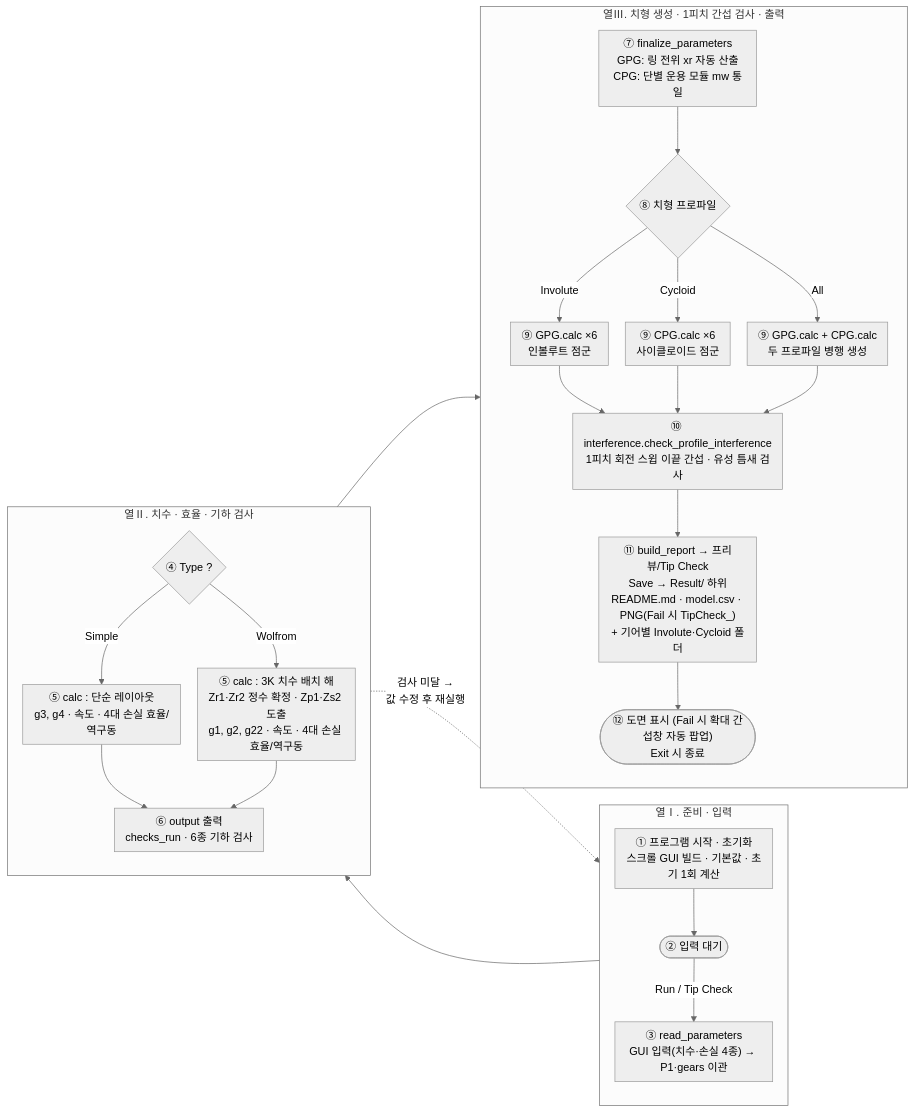
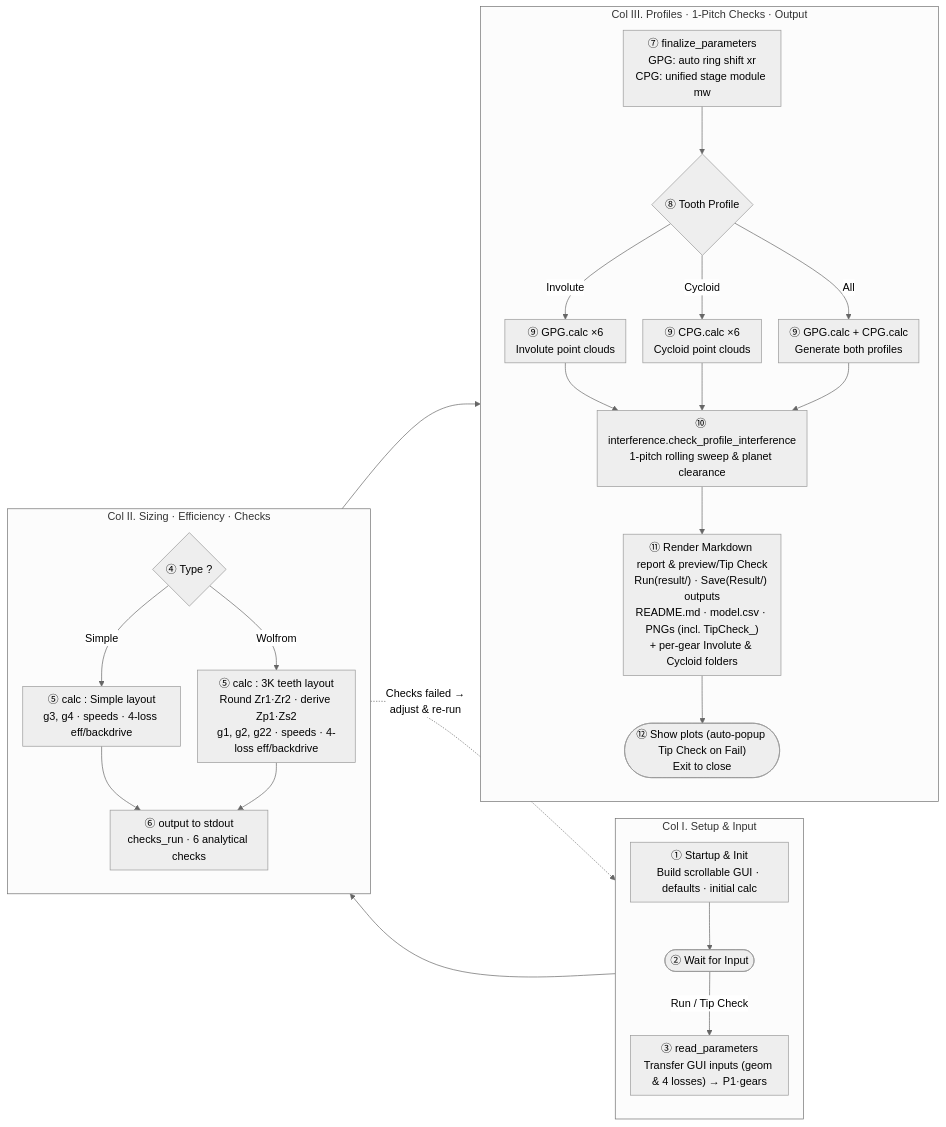
Before and after one commit to dymaxionkim/PGS: the first of 3 diagrams in MANUAL.md, drawn with Mermaid (neutral theme). The commit also changed other lines of this file and 7 other files, not shown here.

First line of the commit message:
Render Markdown in Result panel, auto-save Run outputs & TipCheck PNGs, and add bilingual docs

````diff
--- a/MANUAL.md
+++ b/MANUAL.md
@@ -1039,34 +1031,34 @@
 ```mermaid
 %%{init: {"flowchart": {"nodeSpacing": 25, "rankSpacing": 45, "padding": 8}}}%%
 flowchart LR
-    subgraph COL1["열Ⅰ. 준비 · 입력"]
+    subgraph COL1["Col I. Setup & Input"]
         direction TB
-        S1["① 프로그램 시작 · 초기화<br/>스크롤 GUI 빌드 · 기본값 · 초기 1회 계산"] --> S2(["② 입력 대기"])
-        S2 -->|"Run / Tip Check"| S3["③ read_parameters<br/>GUI 입력(치수·손실 4종) → P1·gears 이관"]
+        S1["① Startup & Init<br/>Build scrollable GUI · defaults · initial calc"] --> S2(["② Wait for Input"])
+        S2 -->|"Run / Tip Check"| S3["③ read_parameters<br/>Transfer GUI inputs (geom & 4 losses) → P1·gears"]
     end
 
-    subgraph COL2["열Ⅱ. 치수 · 효율 · 기하 검사"]
+    subgraph COL2["Col II. Sizing · Efficiency · Checks"]
         direction TB
-        S4{"④ Type ?"} -->|"Simple"| S5a["⑤ calc : 단순 레이아웃<br/>g3, g4 · 속도 · 4대 손실 효율/역구동"]
-        S4 -->|"Wolfrom"| S5b["⑤ calc : 3K 치수 배치 해<br/>Zr1·Zr2 정수 확정 · Zp1·Zs2 도출<br/>g1, g2, g22 · 속도 · 4대 손실 효율/역구동"]
-        S5a --> S6["⑥ output 출력<br/>checks_run · 6종 기하 검사"]
+        S4{"④ Type ?"} -->|"Simple"| S5a["⑤ calc : Simple layout<br/>g3, g4 · speeds · 4-loss eff/backdrive"]
+        S4 -->|"Wolfrom"| S5b["⑤ calc : 3K teeth layout<br/>Round Zr1·Zr2 · derive Zp1·Zs2<br/>g1, g2, g22 · speeds · 4-loss eff/backdrive"]
+        S5a --> S6["⑥ output to stdout<br/>checks_run · 6 analytical checks"]
         S5b --> S6
     end
 
-    subgraph COL3["열Ⅲ. 치형 생성 · 1피치 간섭 검사 · 출력"]
+    subgraph COL3["Col III. Profiles · 1-Pitch Checks · Output"]
         direction TB
-        S7["⑦ finalize_parameters<br/>GPG: 링 전위 xr 자동 산출<br/>CPG: 단별 운용 모듈 mw 통일"] --> S8{"⑧ 치형 프로파일"}
-        S8 -->|"Involute"| S9a["⑨ GPG.calc ×6<br/>인볼루트 점군"]
-        S8 -->|"Cycloid"| S9b["⑨ CPG.calc ×6<br/>사이클로이드 점군"]
-        S8 -->|"All"| S9c["⑨ GPG.calc + CPG.calc<br/>두 프로파일 병행 생성"]
-        S9a --> S9d["⑩ interference.check_profile_interference<br/>1피치 회전 스윕 이끝 간섭 · 유성 틈새 검사"]
+        S7["⑦ finalize_parameters<br/>GPG: auto ring shift xr<br/>CPG: unified stage module mw"] --> S8{"⑧ Tooth Profile"}
+        S8 -->|"Involute"| S9a["⑨ GPG.calc ×6<br/>Involute point clouds"]
+        S8 -->|"Cycloid"| S9b["⑨ CPG.calc ×6<br/>Cycloid point clouds"]
+        S8 -->|"All"| S9c["⑨ GPG.calc + CPG.calc<br/>Generate both profiles"]
+        S9a --> S9d["⑩ interference.check_profile_interference<br/>1-pitch rolling sweep & planet clearance"]
         S9b --> S9d
         S9c --> S9d
-        S9d --> S10["⑪ build_report → 프리뷰/Tip Check<br/>Save → Result/ 하위<br/>README.md · model.csv · PNG(Fail 시 TipCheck_)<br/>+ 기어별 Involute·Cycloid 폴더"]
-        S10 --> S11(["⑫ 도면 표시 (Fail 시 확대 간섭창 자동 팝업)<br/>Exit 시 종료"])
+        S9d --> S10["⑪ Render Markdown report & preview/Tip Check<br/>Run(result/) · Save(Result/) outputs<br/>README.md · model.csv · PNGs (incl. TipCheck_)<br/>+ per-gear Involute & Cycloid folders"]
+        S10 --> S11(["⑫ Show plots (auto-popup Tip Check on Fail)<br/>Exit to close"])
     end
 
     COL1 --> COL2
     COL2 --> COL3
-    COL2 -.->|"검사 미달 →<br/>값 수정 후 재실행"| COL1
+    COL2 -.->|"Checks failed →<br/>adjust & re-run"| COL1
 ```
````
